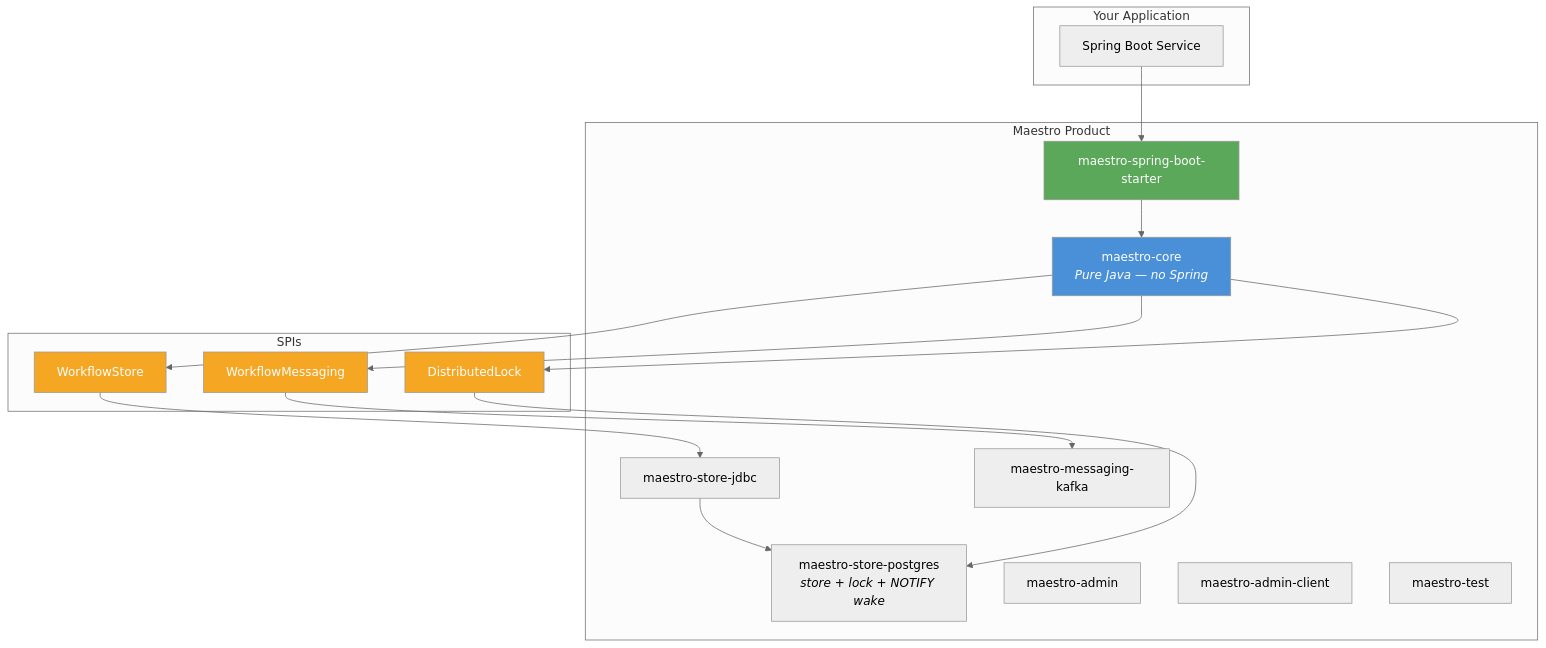
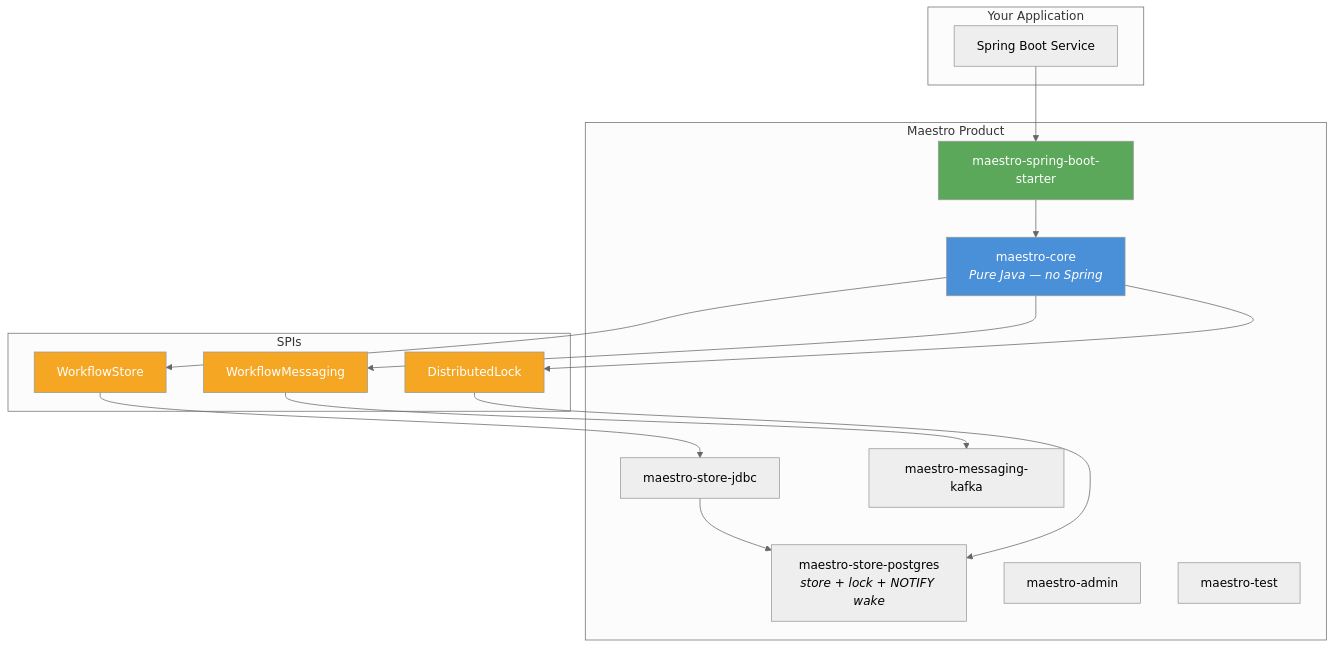
Before and after one commit to rakheen-dama/maestro: the second of 15 diagrams in docs/maestro-architecture.md, drawn with Mermaid (neutral theme). The commit also changed other lines of this file and 23 other files, not shown here.

First line of the commit message:
chore(admin-client): remove the maestro-admin-client module (Issue 52)

````diff
--- a/docs/maestro-architecture.md
+++ b/docs/maestro-architecture.md
@@ -71,38 +71,37 @@
 ```mermaid
 graph TB
     subgraph "Your Application"
         APP["Spring Boot Service"]
     end
 
     subgraph "Maestro Product"
         STARTER["maestro-spring-boot-starter"]
         CORE["maestro-core<br/><i>Pure Java — no Spring</i>"]
         STORE_PG["maestro-store-postgres<br/><i>store + lock + NOTIFY wake</i>"]
         STORE_JDBC["maestro-store-jdbc"]
         MSG_KAFKA["maestro-messaging-kafka"]
         ADMIN["maestro-admin"]
-        ADMIN_CLIENT["maestro-admin-client"]
         TEST["maestro-test"]
     end
 
     subgraph "SPIs"
         SPI_STORE["WorkflowStore"]
         SPI_MSG["WorkflowMessaging"]
         SPI_LOCK["DistributedLock"]
     end
 
     APP --> STARTER
     STARTER --> CORE
     CORE --> SPI_STORE
     CORE --> SPI_MSG
     CORE --> SPI_LOCK
     SPI_STORE --> STORE_JDBC --> STORE_PG
     SPI_MSG --> MSG_KAFKA
     SPI_LOCK --> STORE_PG
 
     style CORE fill:#4A90D9,color:#fff
     style STARTER fill:#5BA85A,color:#fff
     style SPI_STORE fill:#F5A623,color:#fff
     style SPI_MSG fill:#F5A623,color:#fff
     style SPI_LOCK fill:#F5A623,color:#fff
 ```
````
